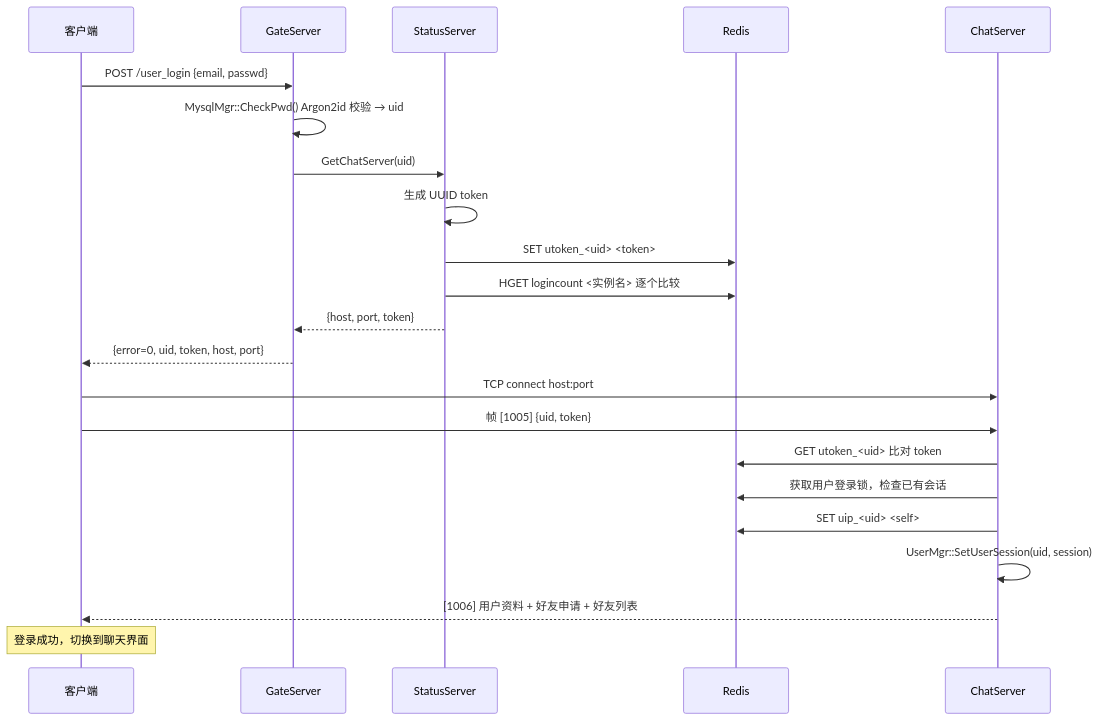
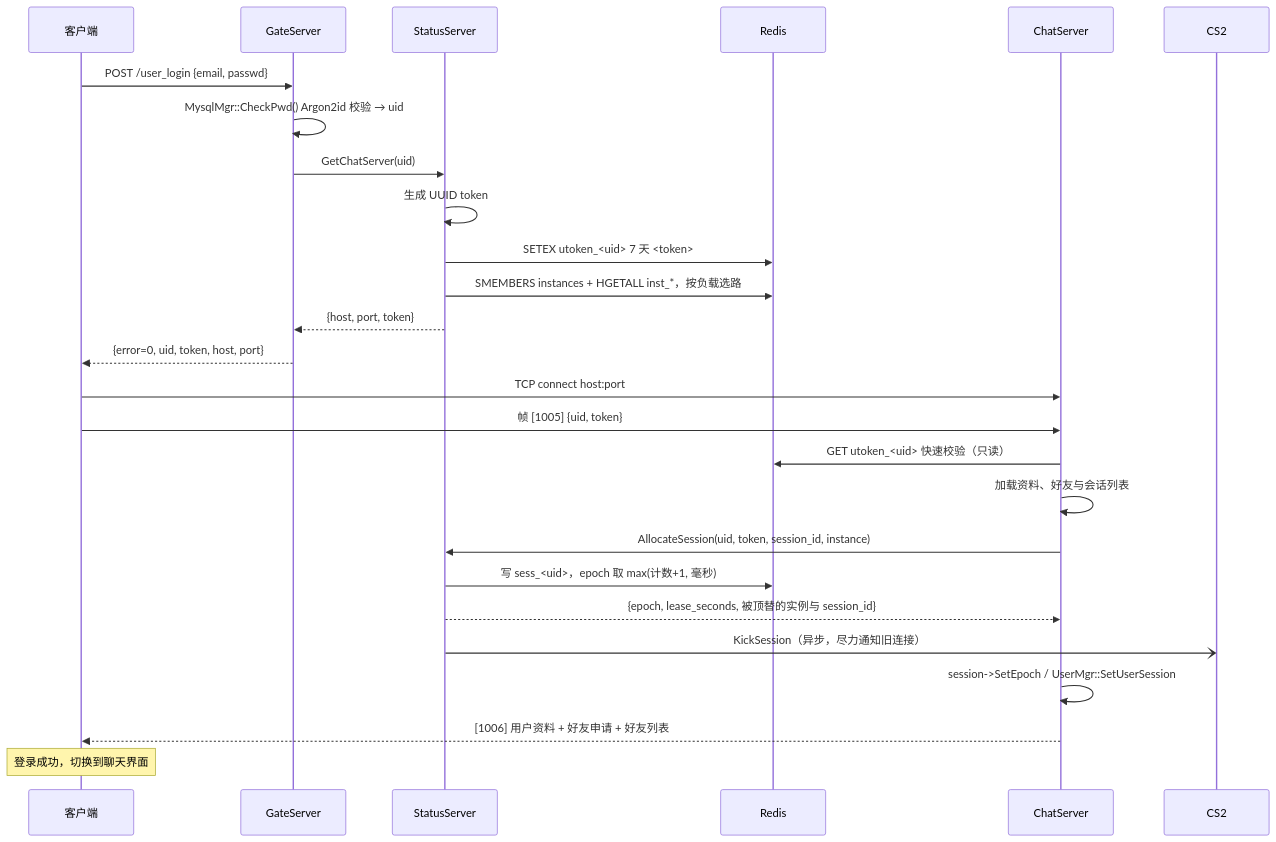
The third of 5 diagrams in docs/01-architecture.md (yrc920/yunjian), drawn with Mermaid before and after one commit. The commit also changed other lines of this file and 73 other files, not shown here.

````diff
--- a/docs/01-architecture.md
+++ b/docs/01-architecture.md
@@ -145,26 +145,29 @@
 ```mermaid
 sequenceDiagram
     participant C as 客户端
     participant G as GateServer
     participant S as StatusServer
     participant R as Redis
     participant CS as ChatServer
 
     C->>G: POST /user_login {email, passwd}
     G->>G: MysqlMgr::CheckPwd() Argon2id 校验 → uid
     G->>S: GetChatServer(uid)
     S->>S: 生成 UUID token
-    S->>R: SET utoken_#lt;uid#gt; #lt;token#gt;
-    S->>R: HGET logincount #lt;实例名#gt; 逐个比较
+    S->>R: SETEX utoken_#lt;uid#gt; 7 天 #lt;token#gt;
+    S->>R: SMEMBERS instances + HGETALL inst_*，按负载选路
     S-->>G: {host, port, token}
     G-->>C: {error=0, uid, token, host, port}
 
     C->>CS: TCP connect host:port
     C->>CS: 帧 [1005] {uid, token}
-    CS->>R: GET utoken_#lt;uid#gt; 比对 token
-    CS->>R: 获取用户登录锁，检查已有会话
-    CS->>R: SET uip_#lt;uid#gt; #lt;self#gt;
-    CS->>CS: UserMgr::SetUserSession(uid, session)
+    CS->>R: GET utoken_#lt;uid#gt; 快速校验（只读）
+    CS->>CS: 加载资料、好友与会话列表
+    CS->>S: AllocateSession(uid, token, session_id, instance)
+    S->>R: 写 sess_#lt;uid#gt;，epoch 取 max(计数+1, 毫秒)
+    S-->>CS: {epoch, lease_seconds, 被顶替的实例与 session_id}
+    S-)CS2: KickSession（异步，尽力通知旧连接）
+    CS->>CS: session->SetEpoch / UserMgr::SetUserSession
     CS-->>C: [1006] 用户资料 + 好友申请 + 好友列表
     Note over C: 登录成功，切换到聊天界面
 ```
````
